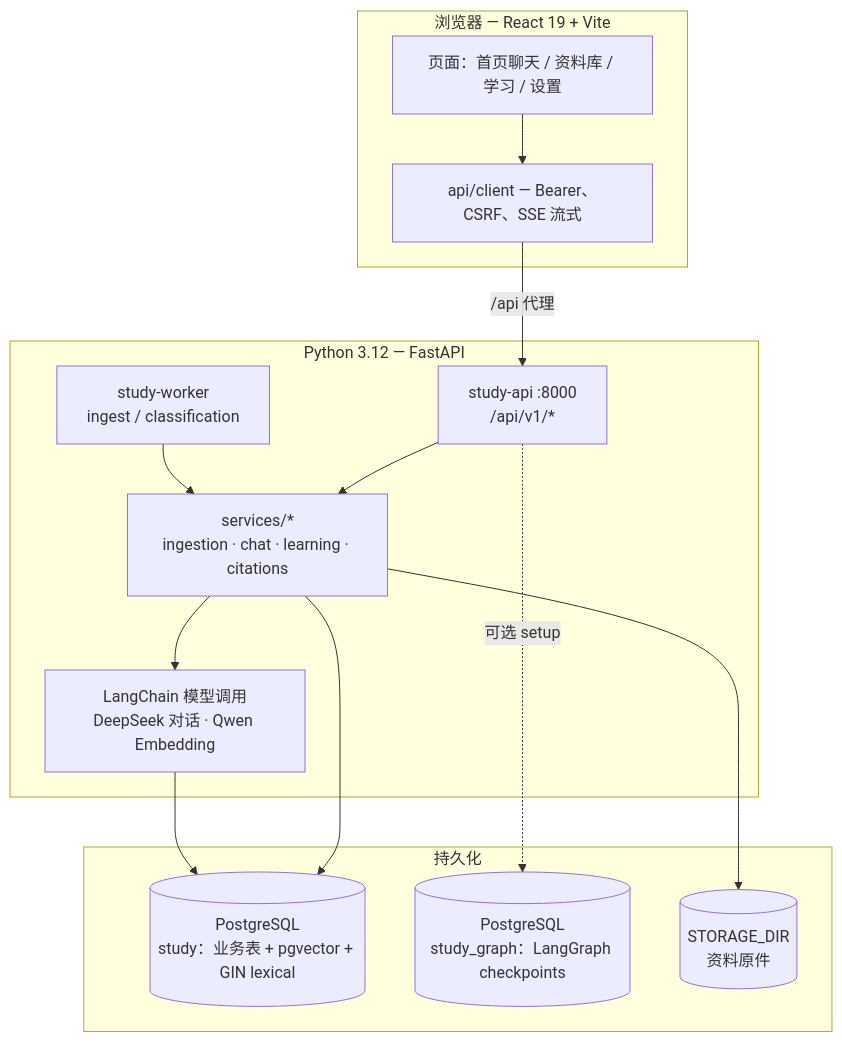
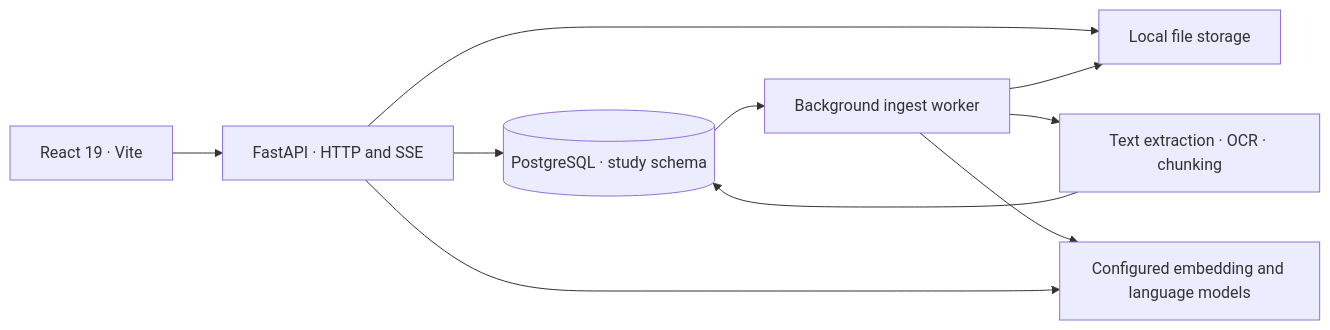
Before and after one commit to ggwenling/Study_Platform: the diagram in README.md, drawn with Mermaid. The commit also changed other lines of this file and 6 other files, not shown here.

````diff
--- a/README.md
+++ b/README.md
@@ -62,30 +100,12 @@
 ```mermaid
-flowchart TB
-  subgraph Browser["浏览器 — React 19 + Vite"]
-    UI["页面：首页聊天 / 资料库 / 学习 / 设置"]
-    Client["api/client — Bearer、CSRF、SSE 流式"]
-  end
-
-  subgraph Backend["Python 3.12 — FastAPI"]
-    API["study-api :8000<br/>/api/v1/*"]
-    Worker["study-worker<br/>ingest / classification"]
-    SVC["services/*<br/>ingestion · chat · learning · citations"]
-    AI["LangChain 模型调用<br/>DeepSeek 对话 · Qwen Embedding"]
-  end
-
-  subgraph Data["持久化"]
-    PG[("PostgreSQL<br/>study：业务表 + pgvector + GIN lexical")]
-    GRAPH[("PostgreSQL<br/>study_graph：LangGraph checkpoints")]
-    STORE[("STORAGE_DIR<br/>资料原件")]
-  end
-
-  UI --> Client
-  Client -->|"/api 代理"| API
-  API --> SVC
-  Worker --> SVC
-  SVC --> PG
-  SVC --> STORE
-  SVC --> AI
-  AI --> PG
-  API -.->|可选 setup| GRAPH
+flowchart LR
+    Browser["React 19 · Vite"] --> API["FastAPI · HTTP and SSE"]
+    API --> DB[("PostgreSQL · study schema")]
+    API --> Files["Local file storage"]
+    DB --> Worker["Background ingest worker"]
+    Worker --> Files
+    Worker --> Index["Text extraction · OCR · chunking"]
+    Index --> DB
+    Worker --> Models["Configured embedding and language models"]
+    API --> Models
 ```
````
